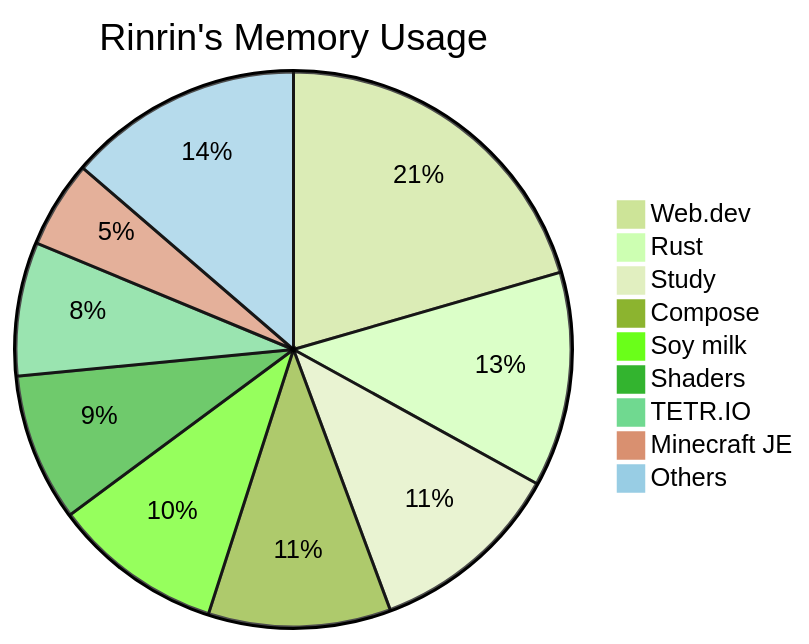
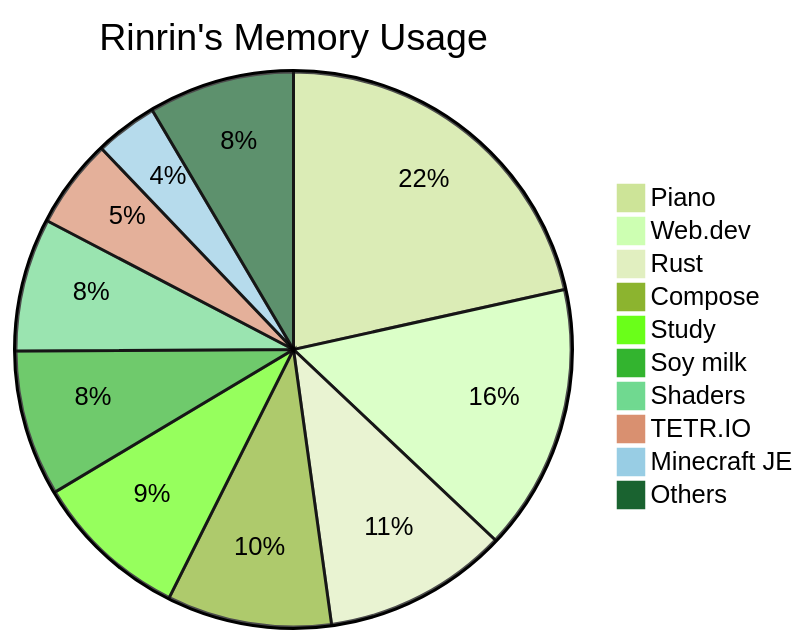
One commit to Rinrin0413/Rinrin0413 changed the diagram in README.md. Above: the diagram before and after it, drawn with Mermaid (forest theme).

Commit message:
🛠 Update: Rinrin's Memory Usage

````diff
--- a/README.md
+++ b/README.md
@@ -76,12 +76,13 @@
 ```mermaid
 pie title Rinrin's Memory Usage
-    "Web.dev": 174
-    "Rust": 106
-    "Study": 96
-    "Compose": 90
-    "Soy milk": 84
-    "Shaders": 73
-    "TETR.IO": 66
-    "Minecraft JE": 43
-    "Others": 116
+    "Piano": 236
+    "Web.dev": 170
+    "Rust": 118
+    "Compose": 105
+    "Study": 99
+    "Soy milk": 93
+    "Shaders": 85
+    "TETR.IO": 57
+    "Minecraft JE": 40
+    "Others": 93
 ```
````
